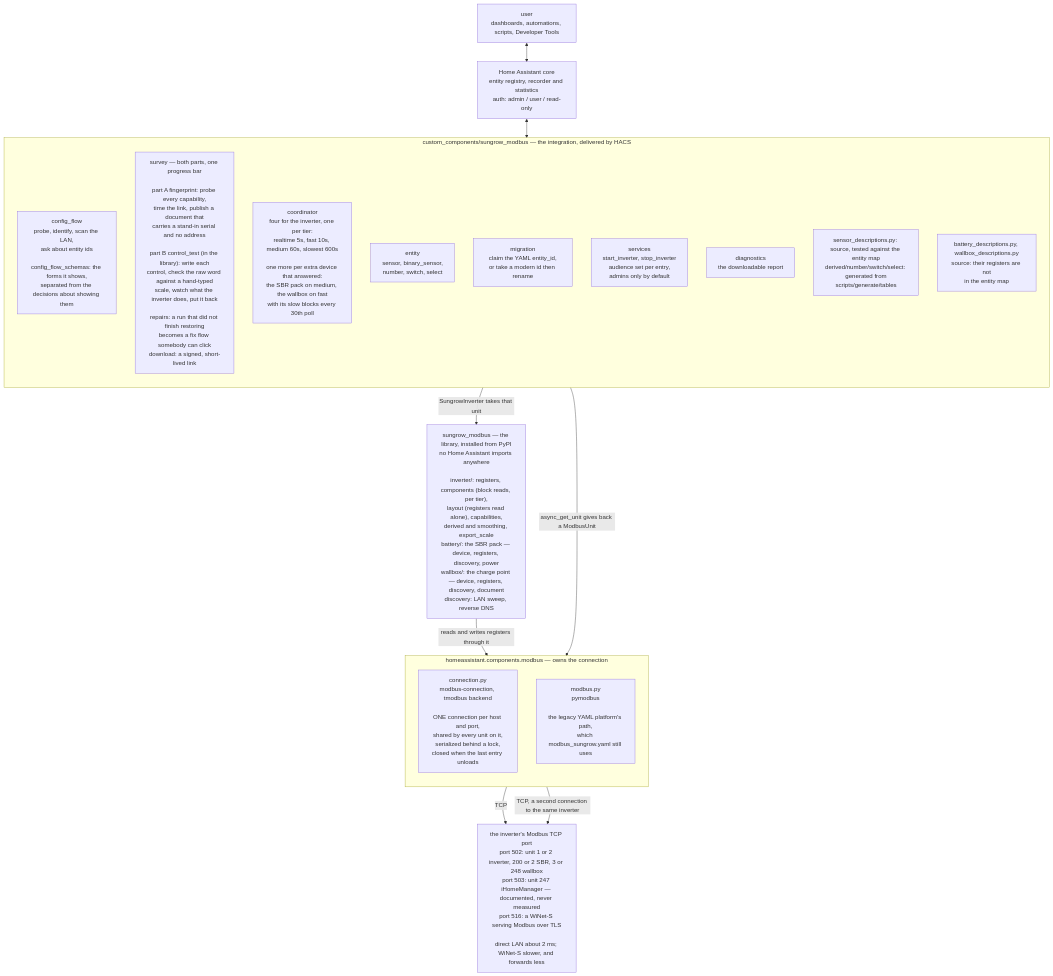
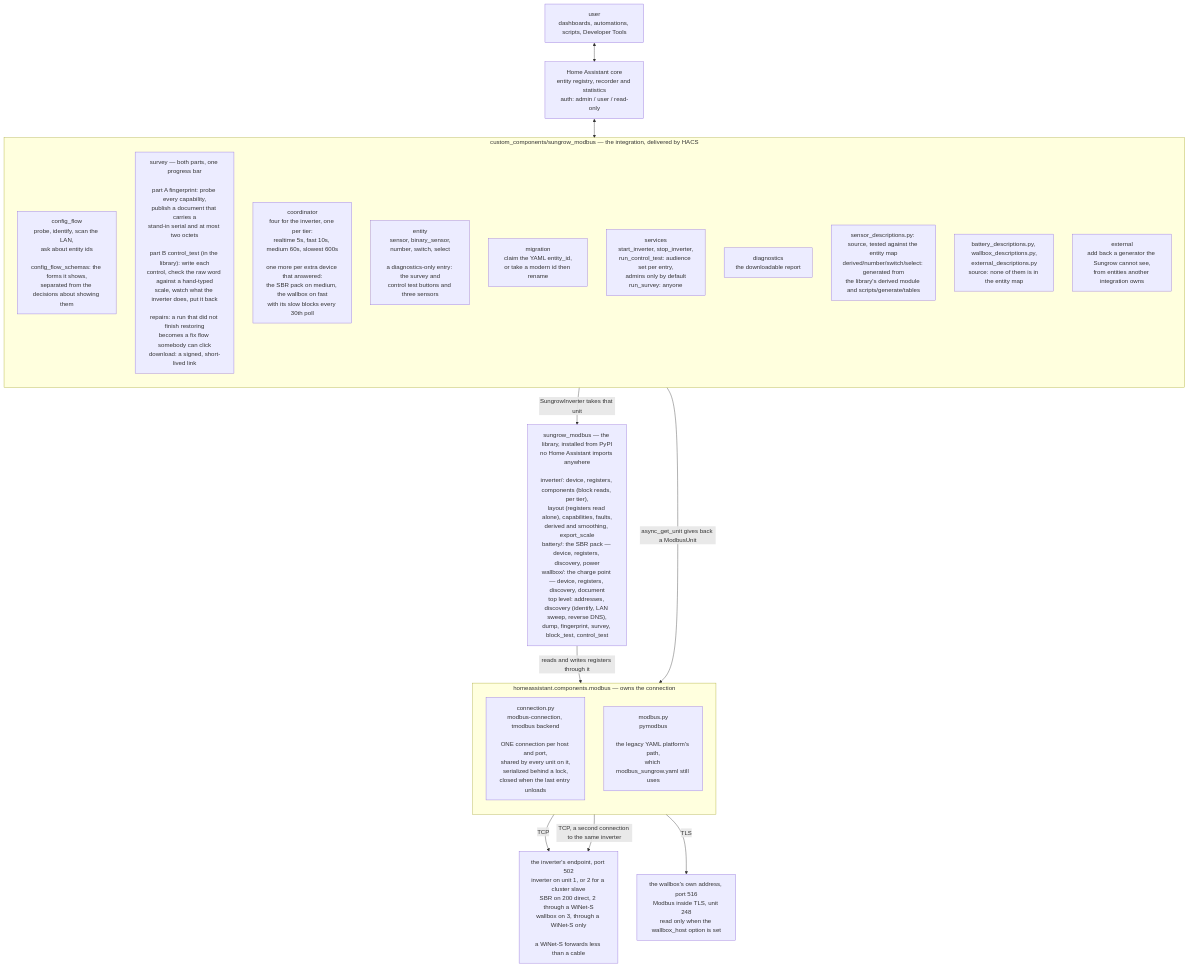
One commit to mkaiser/Sungrow-SHx-Inverter-Modbus-Home-Assistant changed the first of 2 diagrams in doc/architecture.md. Above: the diagram before and after it, drawn with Mermaid. The commit also changed other lines of this file and 91 other files, not shown here.

````diff
--- a/doc/architecture.md
+++ b/doc/architecture.md
@@ -14,36 +14,39 @@
 ```mermaid
 flowchart TD
     user["user<br/>dashboards, automations, scripts, Developer Tools"]
     core["Home Assistant core<br/>entity registry, recorder and statistics<br/>auth: admin / user / read-only"]
 
     subgraph integration["custom_components/sungrow_modbus &mdash; the integration, delivered by HACS"]
         direction TB
         flow["config_flow<br/>probe, identify, scan the LAN,<br/>ask about entity ids<br/><br/>config_flow_schemas: the forms it shows,<br/>separated from the decisions about showing them"]
-        survey["survey &mdash; both parts, one progress bar<br/><br/>part A fingerprint: probe every capability,<br/>time the link, publish a document that<br/>carries a stand-in serial and no address<br/><br/>part B control_test (in the library): write each<br/>control, check the raw word against a hand-typed<br/>scale, watch what the inverter does, put it back<br/><br/>repairs: a run that did not finish restoring<br/>becomes a fix flow somebody can click<br/>download: a signed, short-lived link"]
+        survey["survey &mdash; both parts, one progress bar<br/><br/>part A fingerprint: probe every capability,<br/>publish a document that carries a<br/>stand-in serial and at most two octets<br/><br/>part B control_test (in the library): write each<br/>control, check the raw word against a hand-typed<br/>scale, watch what the inverter does, put it back<br/><br/>repairs: a run that did not finish restoring<br/>becomes a fix flow somebody can click<br/>download: a signed, short-lived link"]
         coord["coordinator<br/>four for the inverter, one per tier:<br/>realtime 5s, fast 10s, medium 60s, slowest 600s<br/><br/>one more per extra device that answered:<br/>the SBR pack on medium, the wallbox on fast<br/>with its slow blocks every 30th poll"]
-        ent["entity<br/>sensor, binary_sensor,<br/>number, switch, select"]
+        ent["entity<br/>sensor, binary_sensor,<br/>number, switch, select<br/><br/>a diagnostics-only entry: the survey and<br/>control test buttons and three sensors"]
         mig["migration<br/>claim the YAML entity_id,<br/>or take a modern id then rename"]
-        svc["services<br/>start_inverter, stop_inverter<br/>audience set per entry,<br/>admins only by default"]
+        svc["services<br/>start_inverter, stop_inverter,<br/>run_control_test: audience set per entry,<br/>admins only by default<br/>run_survey: anyone"]
         diag["diagnostics<br/>the downloadable report"]
-        gen["sensor_descriptions.py: source, tested against the entity map<br/>derived/number/switch/select: generated from<br/>scripts/generate/tables"]
-        hand["battery_descriptions.py, wallbox_descriptions.py<br/>source: their registers are not<br/>in the entity map"]
+        gen["sensor_descriptions.py: source, tested against the entity map<br/>derived/number/switch/select: generated from<br/>the library's derived module and scripts/generate/tables"]
+        hand["battery_descriptions.py, wallbox_descriptions.py,<br/>external_descriptions.py<br/>source: none of them is in the entity map"]
+        ext["external<br/>add back a generator the Sungrow cannot see,<br/>from entities another integration owns"]
     end
 
-    lib["sungrow_modbus &mdash; the library, installed from PyPI<br/>no Home Assistant imports anywhere<br/><br/>inverter/: registers, components (block reads, per tier),<br/>layout (registers read alone), capabilities,<br/>derived and smoothing, export_scale<br/>battery/: the SBR pack &mdash; device, registers, discovery, power<br/>wallbox/: the charge point &mdash; device, registers, discovery, document<br/>discovery: LAN sweep, reverse DNS"]
+    lib["sungrow_modbus &mdash; the library, installed from PyPI<br/>no Home Assistant imports anywhere<br/><br/>inverter/: device, registers, components (block reads, per tier),<br/>layout (registers read alone), capabilities, faults,<br/>derived and smoothing, export_scale<br/>battery/: the SBR pack &mdash; device, registers, discovery, power<br/>wallbox/: the charge point &mdash; device, registers, discovery, document<br/>top level: addresses, discovery (identify, LAN sweep, reverse DNS),<br/>dump, fingerprint, survey, block_test, control_test"]
 
     subgraph modbus["homeassistant.components.modbus &mdash; owns the connection"]
         direction TB
         newpath["connection.py<br/>modbus-connection, tmodbus backend<br/><br/>ONE connection per host and port,<br/>shared by every unit on it,<br/>serialized behind a lock,<br/>closed when the last entry unloads"]
         oldpath["modbus.py<br/>pymodbus<br/><br/>the legacy YAML platform's path,<br/>which modbus_sungrow.yaml still uses"]
     end
 
-    device["the inverter's Modbus TCP port<br/>port 502: unit 1 or 2 inverter, 200 or 2 SBR, 3 or 248 wallbox<br/>port 503: unit 247 iHomeManager &mdash; documented, never measured<br/>port 516: a WiNet-S serving Modbus over TLS<br/><br/>direct LAN about 2 ms; WiNet-S slower, and forwards less"]
+    device["the inverter's endpoint, port 502<br/>inverter on unit 1, or 2 for a cluster slave<br/>SBR on 200 direct, 2 through a WiNet-S<br/>wallbox on 3, through a WiNet-S only<br/><br/>a WiNet-S forwards less than a cable"]
+    wbdev["the wallbox's own address, port 516<br/>Modbus inside TLS, unit 248<br/>read only when the wallbox_host option is set"]
 
     user <--> core
     core <--> integration
     integration -- "async_get_unit gives back a ModbusUnit" --> newpath
     integration -- "SungrowInverter takes that unit" --> lib
     lib -- "reads and writes registers through it" --> newpath
     newpath -- "TCP" --> device
+    newpath -- "TLS" --> wbdev
     oldpath -- "TCP, a second connection to the same inverter" --> device
 ```
````
